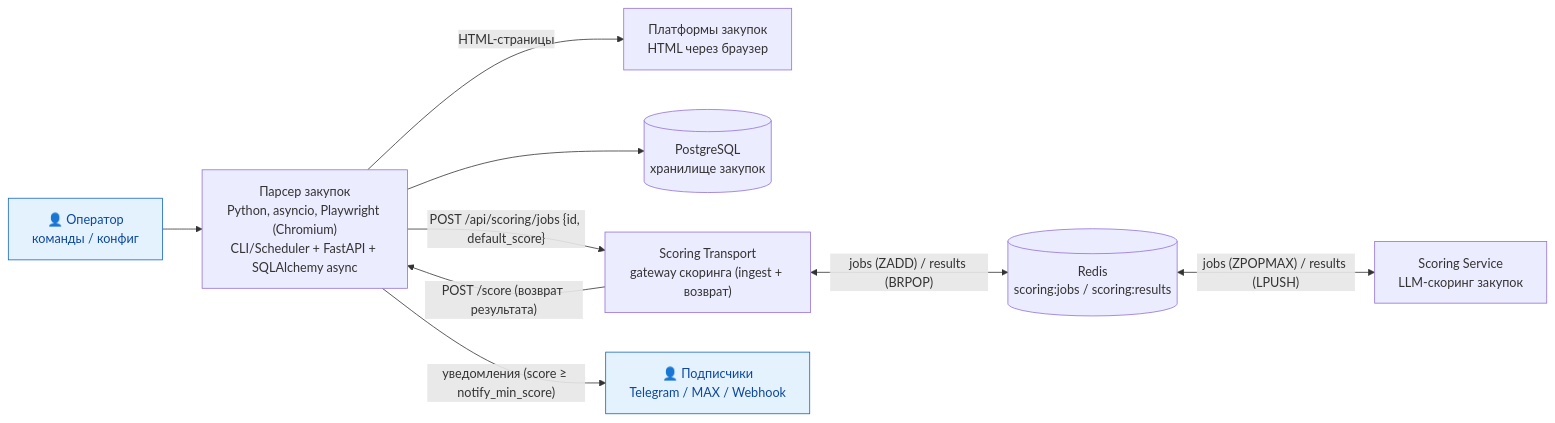
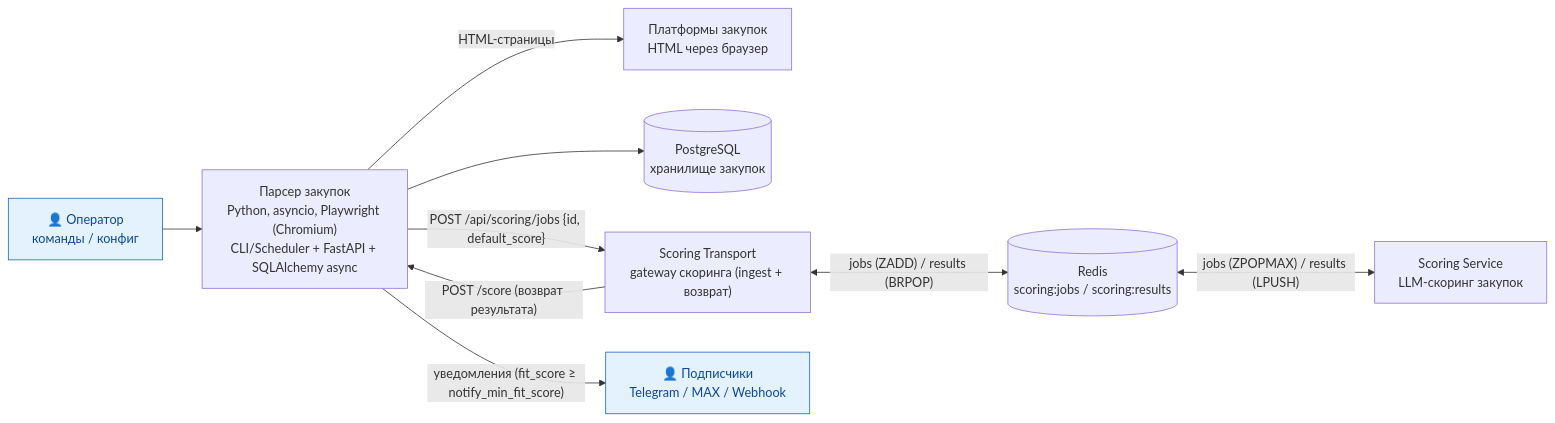
The diagram in docs/c4/container.md (igorvolk1961/zakupki_parser), drawn with Mermaid before and after one commit. The commit also changed other lines of this file and 11 other files, not shown here.

````diff
--- a/docs/c4/container.md
+++ b/docs/c4/container.md
@@ -5,25 +5,25 @@
 ```mermaid
 flowchart LR
     classDef actor fill:#e3f2fd,stroke:#1565c0,color:#0d47a1
 
     U["👤 Оператор<br/>команды / конфиг"]
     P["Парсер закупок<br/>Python, asyncio, Playwright (Chromium)<br/>CLI/Scheduler + FastAPI + SQLAlchemy async"]
 
     Z["Платформы закупок<br/>HTML через браузер"]
     DB[("PostgreSQL<br/>хранилище закупок")]
     TR["Scoring Transport<br/>gateway скоринга (ingest + возврат)"]
     RS[("Redis<br/>scoring:jobs / scoring:results")]
     SG["Scoring Service<br/>LLM-скоринг закупок"]
     SUB["👤 Подписчики<br/>Telegram / MAX / Webhook"]
 
     U --> P
     P -->|"HTML-страницы"| Z
     P --> DB
     P -->|"POST /api/scoring/jobs {id, default_score}"| TR
     TR <-->|"jobs (ZADD) / results (BRPOP)"| RS
     RS <-->|"jobs (ZPOPMAX) / results (LPUSH)"| SG
     TR -->|"POST /score (возврат результата)"| P
-    P -->|"уведомления (score ≥ notify_min_score)"| SUB
+    P -->|"уведомления (fit_score ≥ notify_min_fit_score)"| SUB
 
     class U,SUB actor
 ```
````
